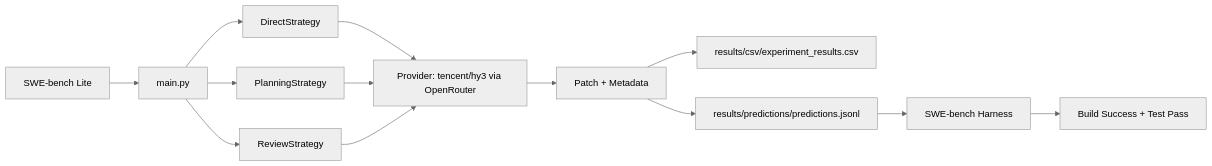
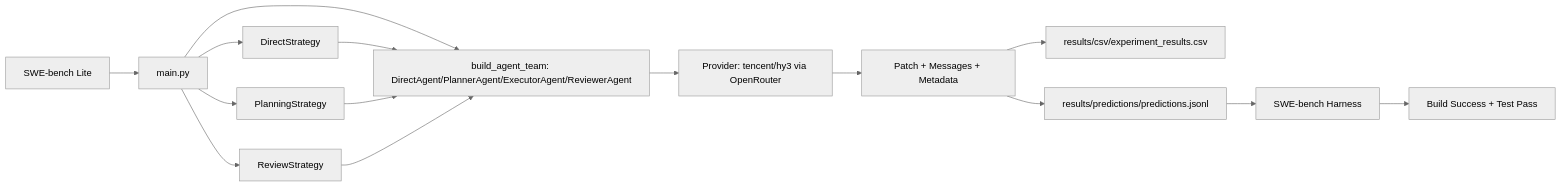
One commit to agirahman/AgentBench-SE changed the diagram in README.md. Above: the diagram before and after it, drawn with Mermaid (neutral theme). The commit also changed other lines of this file and 80 other files, not shown here.

````diff
--- a/README.md
+++ b/README.md
@@ -32,15 +32,17 @@
 ```mermaid
 flowchart LR
     A[SWE-bench Lite] --> B[main.py]
+    B --> T[build_agent_team: DirectAgent/PlannerAgent/ExecutorAgent/ReviewerAgent]
     B --> C1[DirectStrategy]
     B --> C2[PlanningStrategy]
     B --> C3[ReviewStrategy]
-    C1 --> P[Provider: tencent/hy3 via OpenRouter]
-    C2 --> P
-    C3 --> P
-    P --> D[Patch + Metadata]
+    C1 --> T
+    C2 --> T
+    C3 --> T
+    T --> P[Provider: tencent/hy3 via OpenRouter]
+    P --> D[Patch + Messages + Metadata]
     D --> E[results/csv/experiment_results.csv]
     D --> F[results/predictions/predictions.jsonl]
     F --> G[SWE-bench Harness]
     G --> H[Build Success + Test Pass]
 ```
````
